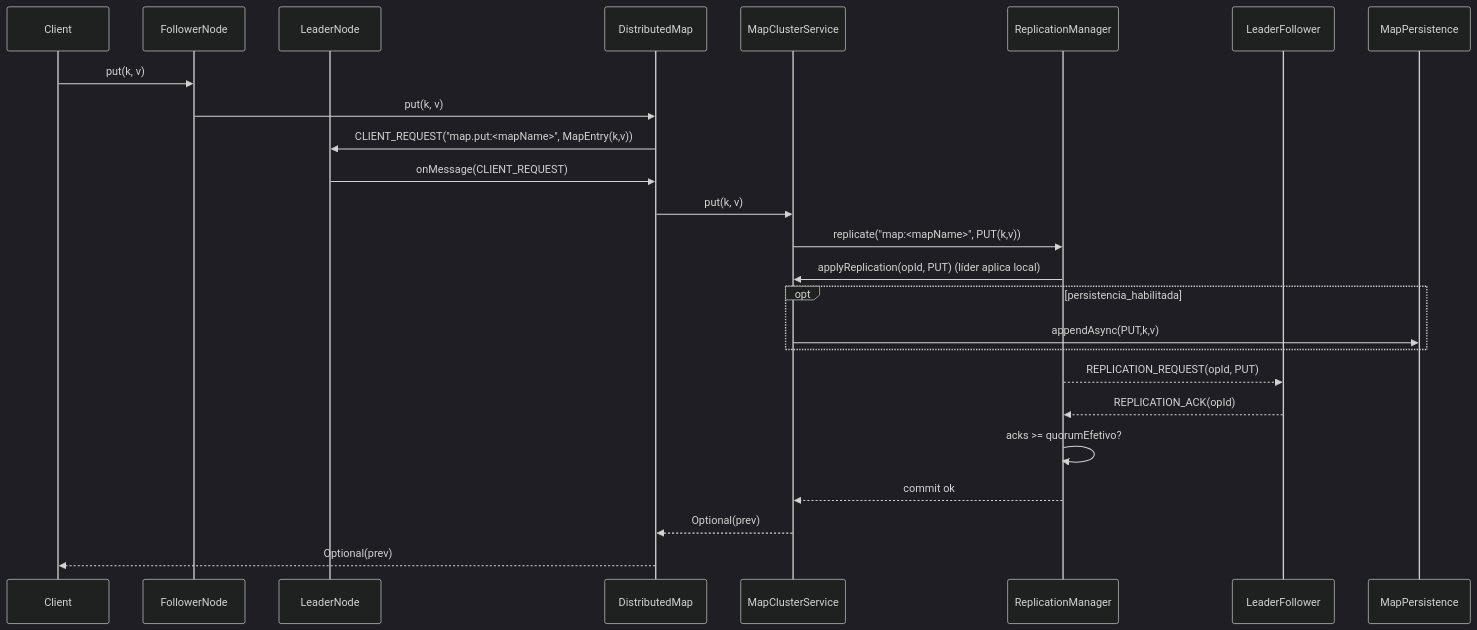
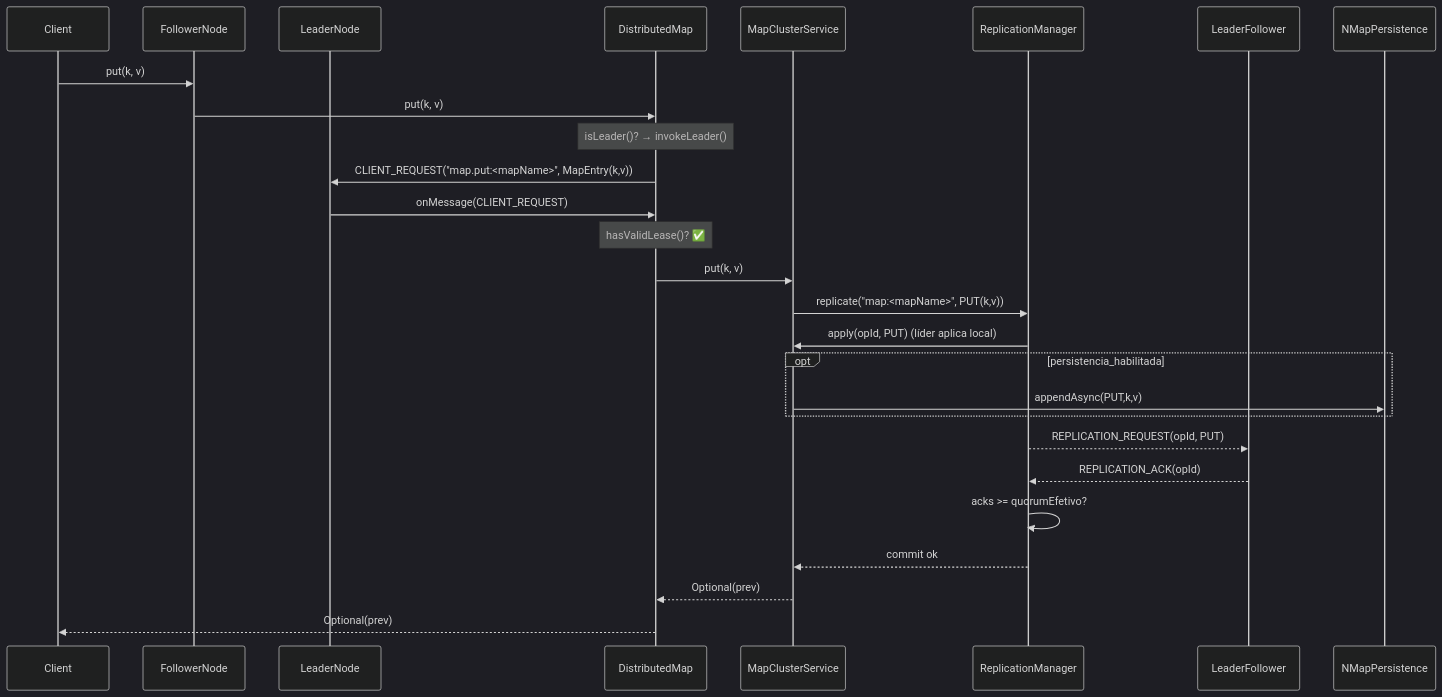
The first of 4 diagrams in doc/ngrid/map-design.md (nishisan-dev/nishi-utils), drawn with Mermaid (dark theme) before and after one commit. The commit also changed other lines of this file and 12 other files, not shown here.

````diff
--- a/doc/ngrid/map-design.md
+++ b/doc/ngrid/map-design.md
@@ -76,28 +144,30 @@
 ```mermaid
 sequenceDiagram
 participant Client as Client
 participant F as FollowerNode
 participant L as LeaderNode
 participant DM as DistributedMap
 participant MS as MapClusterService
 participant RM as ReplicationManager
 participant LF as LeaderFollower
-participant MP as MapPersistence
+participant MP as NMapPersistence
 
 Client->>F: put(k, v)
 F->>DM: put(k, v)
+Note over DM: isLeader()? → invokeLeader()
 DM->>L: CLIENT_REQUEST("map.put:<mapName>", MapEntry(k,v))
 L->>DM: onMessage(CLIENT_REQUEST)
+Note over DM: hasValidLease()? ✅
 DM->>MS: put(k, v)
 MS->>RM: replicate("map:<mapName>", PUT(k,v))
-RM->>MS: applyReplication(opId, PUT) (líder aplica local)
+RM->>MS: apply(opId, PUT) (líder aplica local)
 opt persistencia_habilitada
   MS->>MP: appendAsync(PUT,k,v)
 end
 RM-->>LF: REPLICATION_REQUEST(opId, PUT)
 LF-->>RM: REPLICATION_ACK(opId)
 RM->>RM: acks >= quorumEfetivo?
 RM-->>MS: commit ok
 MS-->>DM: Optional(prev)
 DM-->>Client: Optional(prev)
 ```
````
